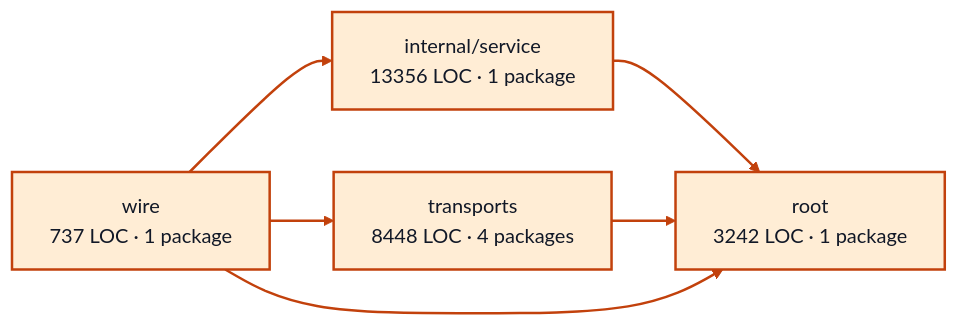
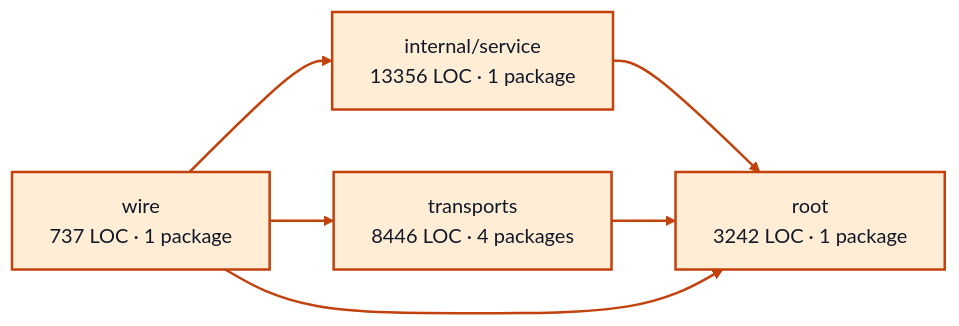
One commit to portpowered/you-agent-factory changed the diagram in docs/architecture/visualizations/services/worker_sessions.md. Above: the diagram before and after it, drawn with Mermaid (forest theme). The commit also changed other lines of this file and 20 other files, not shown here.

Commit message:
docs: refresh backend architecture visualizations

````diff
--- a/docs/architecture/visualizations/services/worker_sessions.md
+++ b/docs/architecture/visualizations/services/worker_sessions.md
@@ -11,17 +11,17 @@
 ```mermaid
 flowchart LR
   p0["internal/service<br/>13356 LOC · 1 package"]
   p1["root<br/>3242 LOC · 1 package"]
-  p2["transports<br/>8448 LOC · 4 packages"]
+  p2["transports<br/>8446 LOC · 4 packages"]
   p3["wire<br/>737 LOC · 1 package"]
   p0 --> p1
   p2 --> p1
   p3 --> p0
   p3 --> p1
   p3 --> p2
   style p0 fill:#ffedd5,stroke:#c2410c,stroke-width:2px,color:#111827
   style p1 fill:#ffedd5,stroke:#c2410c,stroke-width:2px,color:#111827
   style p2 fill:#ffedd5,stroke:#c2410c,stroke-width:2px,color:#111827
   style p3 fill:#ffedd5,stroke:#c2410c,stroke-width:2px,color:#111827
   linkStyle default stroke:#c2410c,stroke-width:2px
 ```
````
